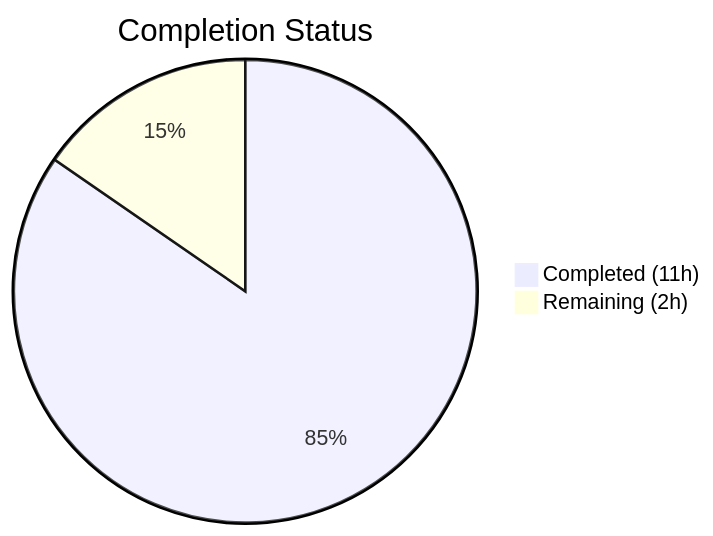
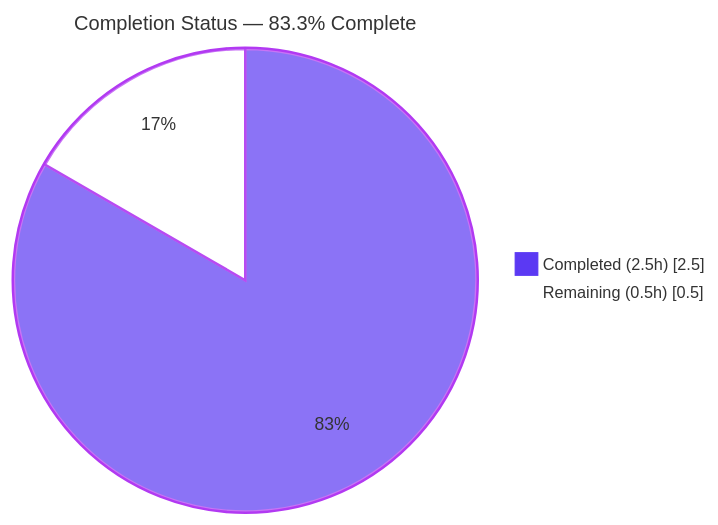
The first of 3 diagrams in blitzy/documentation/Project Guide.md (TestadoBlitzy/Existing-product), drawn with Mermaid before and after one commit. The commit also changed other lines of this file, not shown here.

Commit message:
Adding Blitzy Project Guide: Project Status and Human Tasks Remaining

````diff
--- a/blitzy/documentation/Project Guide.md
+++ b/blitzy/documentation/Project Guide.md
@@ -22,5 +14,6 @@
 ```mermaid
-pie title Completion Status
-    "Completed (11h)" : 11
-    "Remaining (2h)" : 2
+%%{init: {'theme':'base', 'themeVariables': {'pie1':'#5B39F3', 'pie2':'#FFFFFF', 'pieStrokeColor':'#B23AF2', 'pieOuterStrokeColor':'#B23AF2', 'pieTitleTextSize':'16px', 'pieSectionTextSize':'14px', 'pieLegendTextSize':'13px'}}}%%
+pie showData title Completion Status — 83.3% Complete
+    "Completed (2.5h)" : 2.5
+    "Remaining (0.5h)" : 0.5
 ```
````
